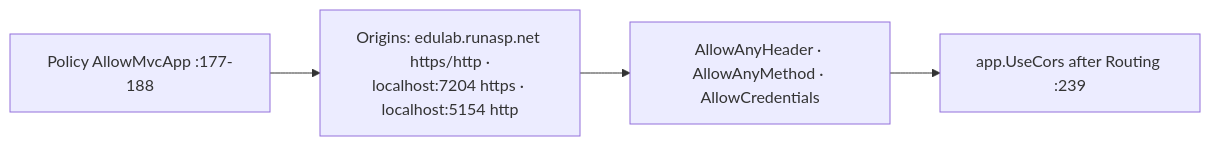
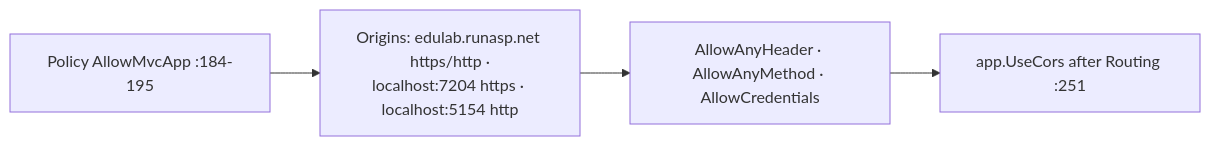
One commit to MohamedGasser15/Education-Lab changed the second of 3 diagrams in Documentation/Modules/API/Program.md. Above: the diagram before and after it, drawn with Mermaid. The commit also changed other lines of this file and 20 other files, not shown here.

Commit message:
docs(modules): update system architecture and module documentation

````diff
--- a/Documentation/Modules/API/Program.md
+++ b/Documentation/Modules/API/Program.md
@@ -87,6 +91,6 @@
 ```mermaid
 flowchart LR
-    A[Policy AllowMvcApp :177-188] --> B[Origins: edulab.runasp.net https/http ·<br/>localhost:7204 https · localhost:5154 http]
+    A[Policy AllowMvcApp :184-195] --> B[Origins: edulab.runasp.net https/http ·<br/>localhost:7204 https · localhost:5154 http]
     B --> C[AllowAnyHeader · AllowAnyMethod · AllowCredentials]
-    C --> D[app.UseCors after Routing :239]
+    C --> D[app.UseCors after Routing :251]
 ```
````
